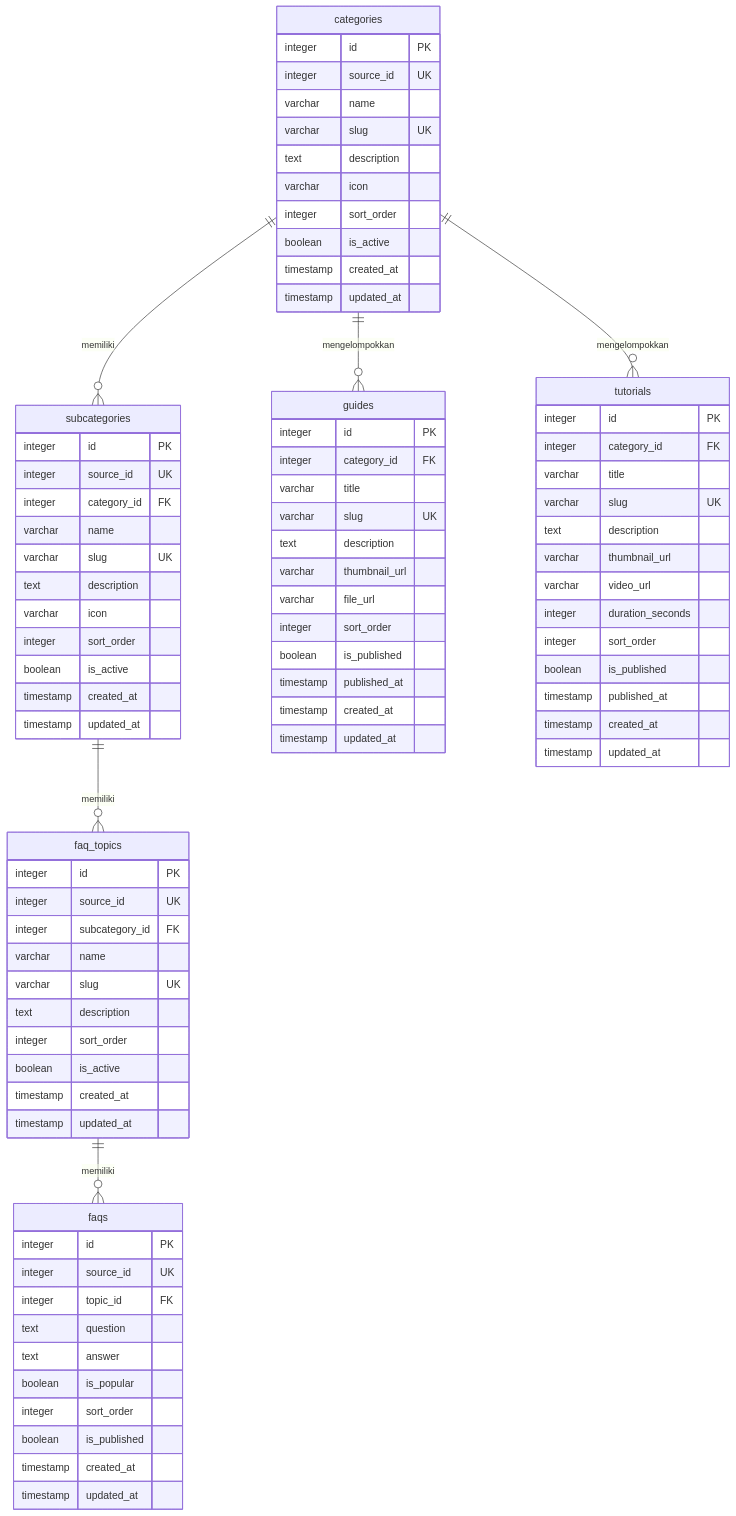
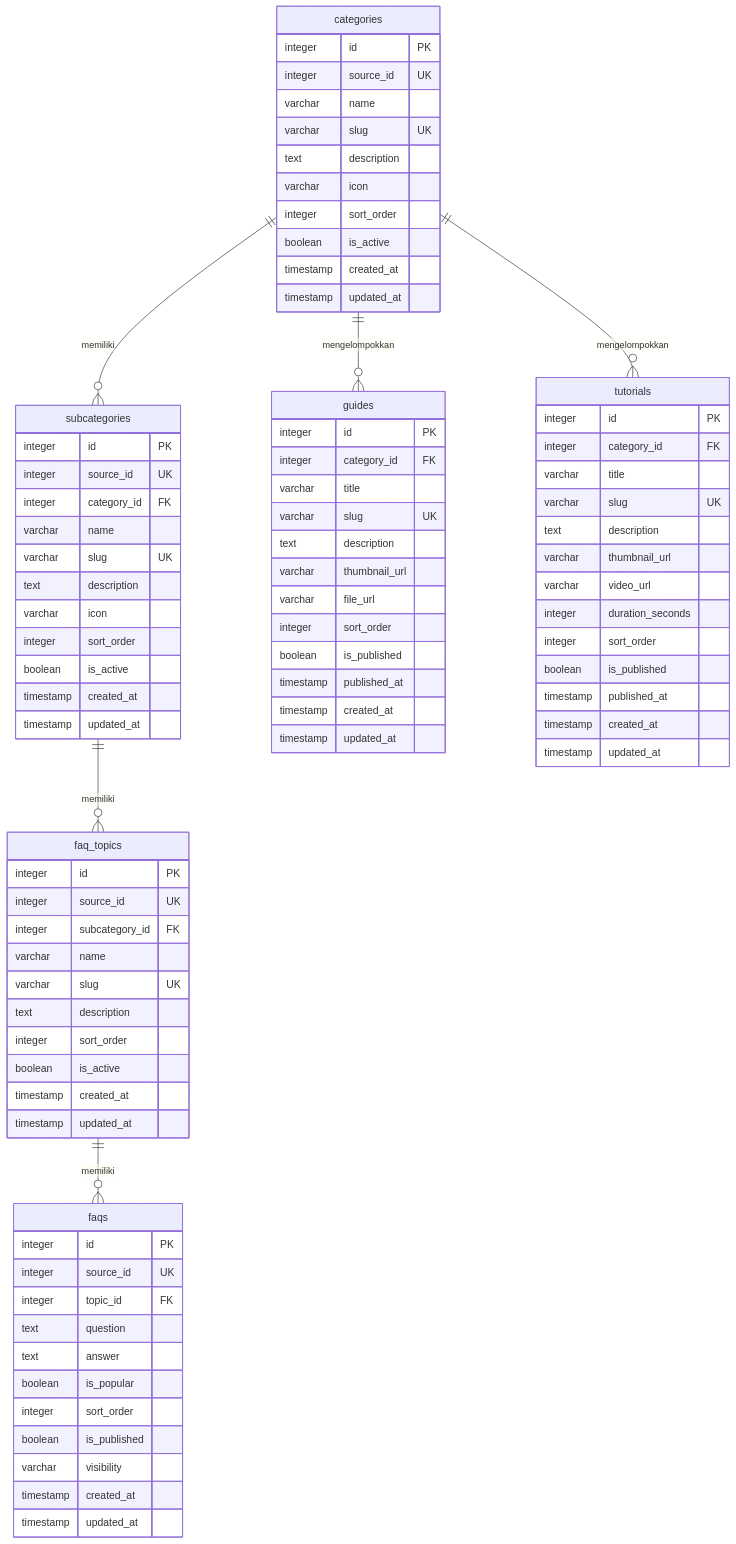
The diagram in docs/database.md (CamizZz0/help-center-insw), drawn with Mermaid before and after one commit. The commit also changed other lines of this file and 13 other files, not shown here.

```diff
--- a/docs/database.md
+++ b/docs/database.md
@@ -94,6 +94,7 @@
         boolean is_popular
         integer sort_order
         boolean is_published
+        varchar visibility
         timestamp created_at
         timestamp updated_at
     }
```
